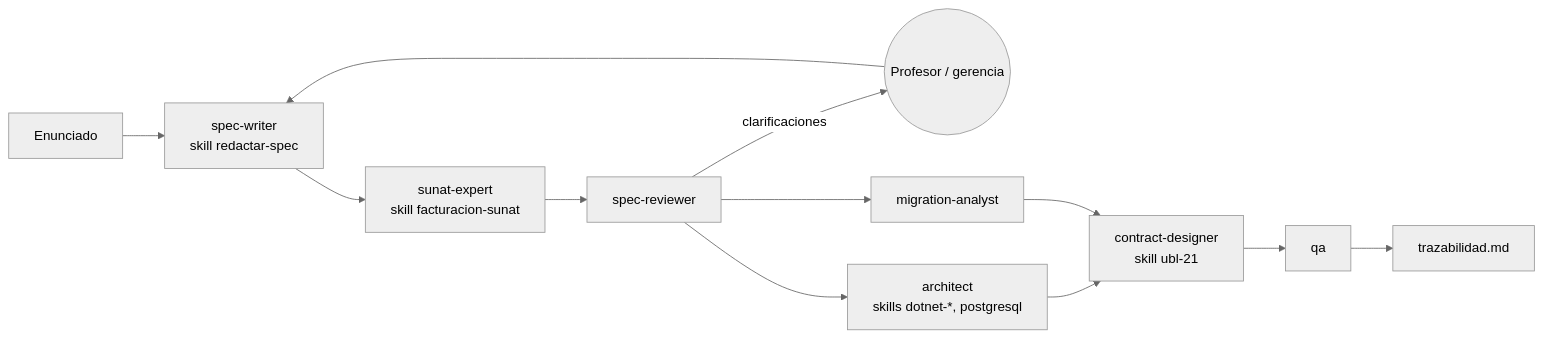
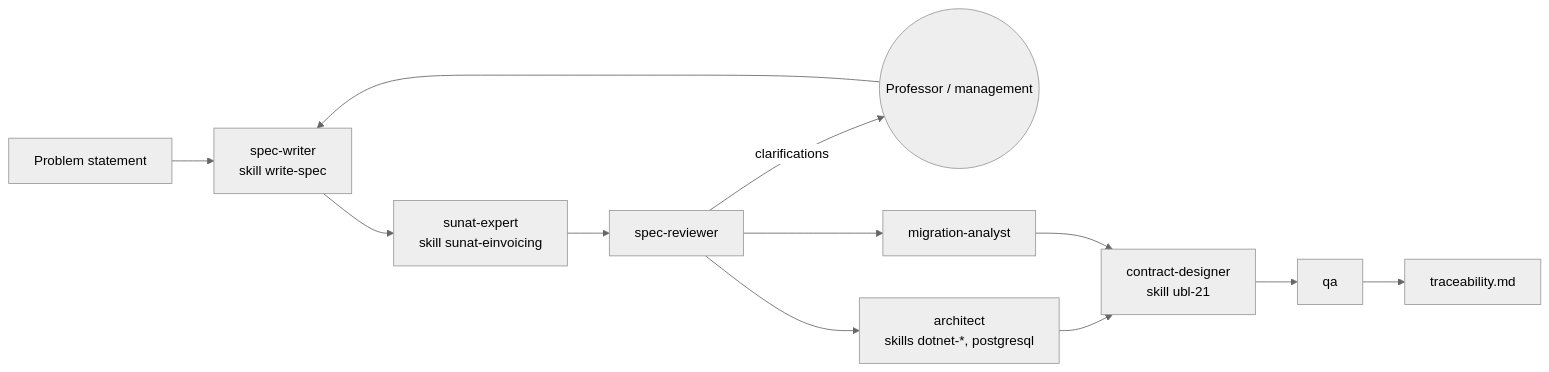
The diagram in README.md (juan745Guevara/Medio-curso-Hubel), drawn with Mermaid (neutral theme) before and after one commit. The commit also changed other lines of this file and 94 other files, not shown here.

````diff
--- a/README.md
+++ b/README.md
@@ -47,14 +47,14 @@
 ```mermaid
 flowchart LR
-  E[Enunciado] --> SW[spec-writer<br/>skill redactar-spec]
-  SW --> SX[sunat-expert<br/>skill facturacion-sunat]
+  E[Problem statement] --> SW[spec-writer<br/>skill write-spec]
+  SW --> SX[sunat-expert<br/>skill sunat-einvoicing]
   SX --> SR[spec-reviewer]
-  SR -->|clarificaciones| H((Profesor / gerencia))
+  SR -->|clarifications| H((Professor / management))
   H --> SW
   SR --> AR[architect<br/>skills dotnet-*, postgresql]
   SR --> MA[migration-analyst]
   AR --> CD[contract-designer<br/>skill ubl-21]
   MA --> CD
   CD --> QA[qa]
-  QA --> T[trazabilidad.md]
+  QA --> T[traceability.md]
 ```
````
